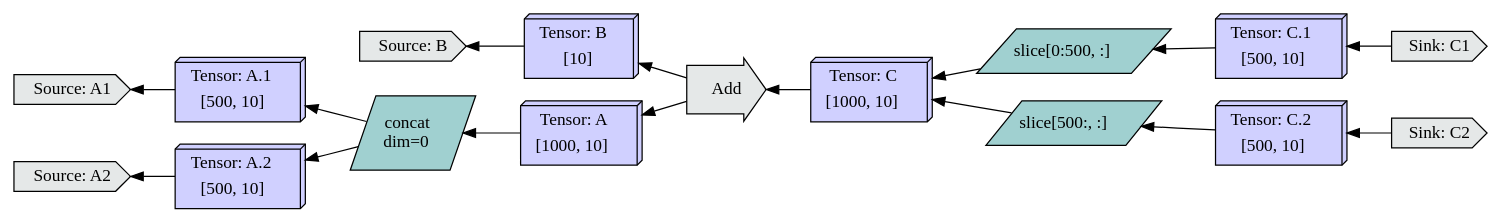
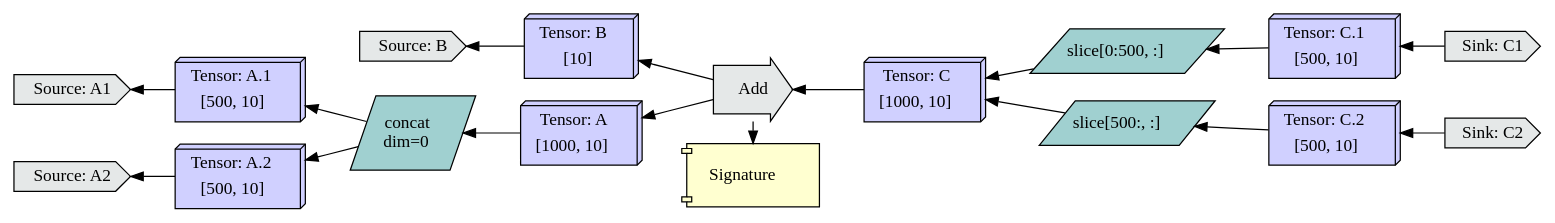
One commit to crutcher/crutcher.github.io-source changed the first of 60 diagrams in source/Tapestry/index.md. Above: the diagram before and after it, drawn with Graphviz. The commit also changed other lines of this file, not shown here.

```diff
--- a/source/Tapestry/index.md
+++ b/source/Tapestry/index.md
@@ -435,6 +445,14 @@
      >,
   ];
   
+  Sig [
+      label=<Signature>,
+      shape=component,
+      margin=0.25,
+      style=filled,
+      fillcolor="#ffffd0";
+  ];
+  
   Add [
       shape=rarrow,
       margin=0.25,
@@ -443,6 +461,9 @@
   ];
   Add -> B;
   Add -> A;
+  
+  Add -> Sig [constraint=false];
+  { rank=same; Sig; Add; }
   
   C [
      label=<
```
